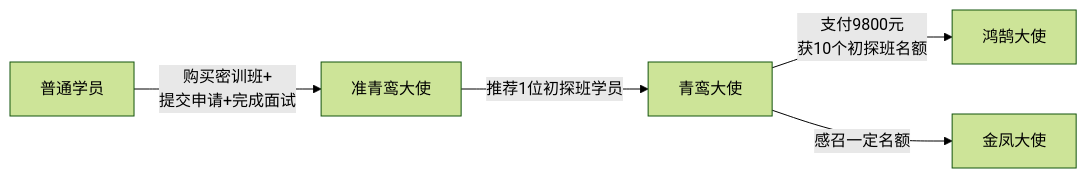
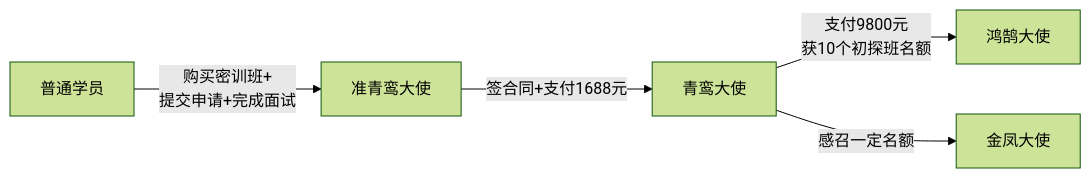
Before and after one commit to richenHe/tiandaowenhua_xcx: the seventh of 21 diagrams in 需求文档-V2.md, drawn with Mermaid (forest theme). The commit also changed other lines of this file and 77 other files, not shown here.

````diff
--- a/需求文档-V2.md
+++ b/需求文档-V2.md
@@ -894,7 +892,7 @@
 ```mermaid
 graph LR
     A[普通学员] -->|购买密训班+<br/>提交申请+完成面试| B[准青鸾大使]
-    B -->|推荐1位初探班学员| C[青鸾大使]
+    B -->|签合同+支付1688元| C[青鸾大使]
     C -->|支付9800元<br/>获10个初探班名额| D[鸿鹄大使]
     C -->|感召一定名额| E[金凤大使]
 ```
````
